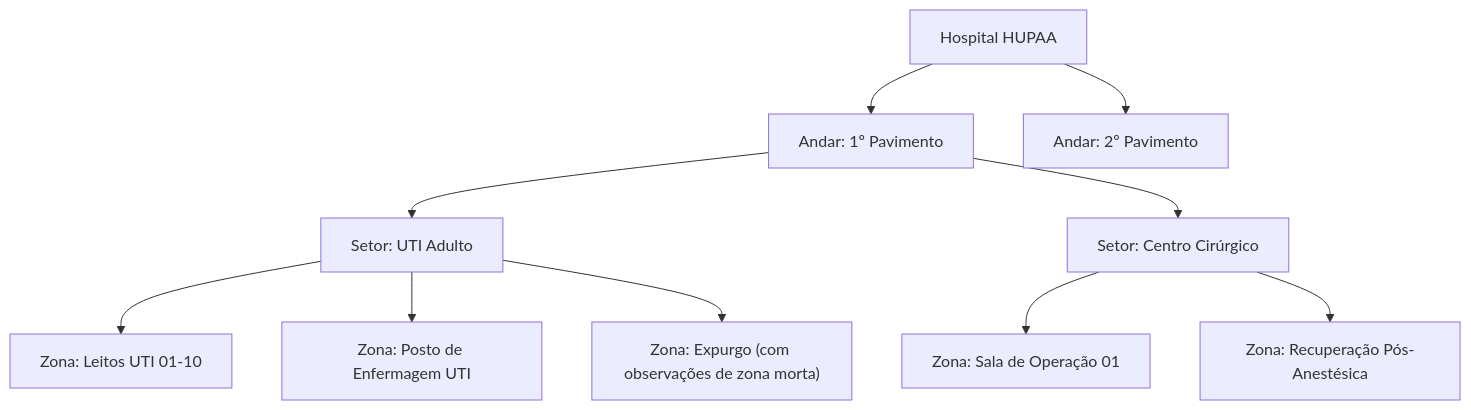
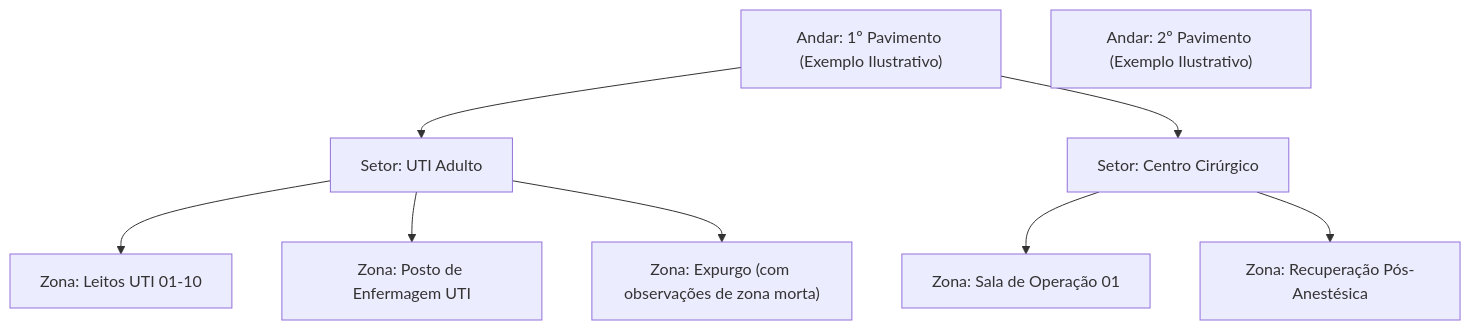
One commit to OtavioBrandao/rastreamento-rfid-hupaa changed the first of 2 diagrams in docs/implementations/iss-011-localizacao-hospitalar.md. Above: the diagram before and after it, drawn with Mermaid. The commit also changed other lines of this file, not shown here.

````diff
--- a/docs/implementations/iss-011-localizacao-hospitalar.md
+++ b/docs/implementations/iss-011-localizacao-hospitalar.md
@@ -27,15 +29,16 @@
 ```mermaid
 graph TD
-    H[Hospital HUPAA] --> A1[Andar: 1º Pavimento]
-    H --> A2[Andar: 2º Pavimento]
+    %% Exemplo ilustrativo de topologia para testes (não representa taxonomia hospitalar validada)
+    A1["Andar: 1º Pavimento (Exemplo Ilustrativo)"]
+    A2["Andar: 2º Pavimento (Exemplo Ilustrativo)"]
 
     A1 --> S1[Setor: UTI Adulto]
     A1 --> S2[Setor: Centro Cirúrgico]
 
     S1 --> Z1[Zona: Leitos UTI 01-10]
     S1 --> Z2[Zona: Posto de Enfermagem UTI]
     S1 --> Z3["Zona: Expurgo (com observações de zona morta)"]
 
     S2 --> Z4[Zona: Sala de Operação 01]
     S2 --> Z5[Zona: Recuperação Pós-Anestésica]
 ```
````
